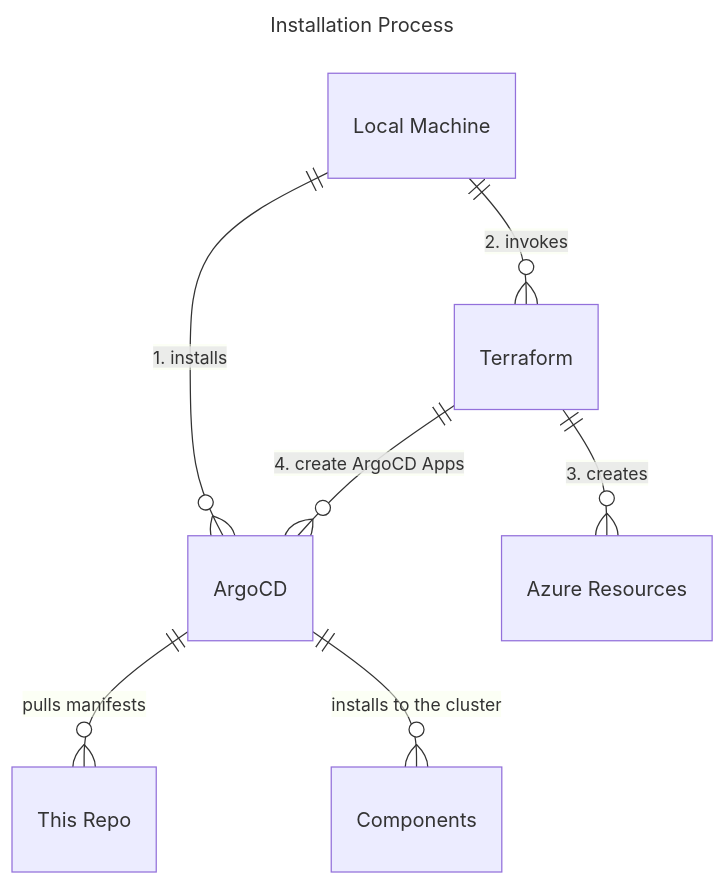
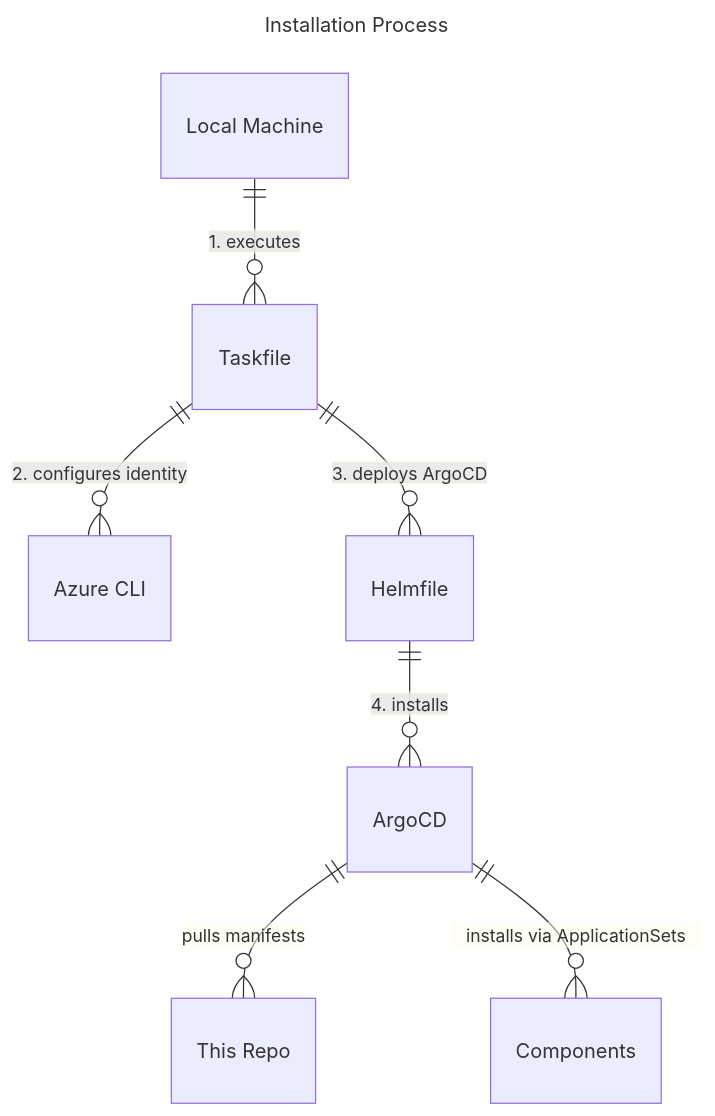
Before and after one commit to livewyer-ops/reference-implementation-azure: the diagram in README.md, drawn with Mermaid. The commit also changed other lines of this file and 199 other files, not shown here.

````diff
--- a/README.md
+++ b/README.md
@@ -23,12 +149,12 @@
 ```mermaid
 ---
 title: Installation Process
 ---
 erDiagram
-  "Local Machine" ||--o{ "ArgoCD" : "1. installs"
-  "Local Machine" ||--o{ "Terraform" : "2. invokes"
-  "Terraform" ||--o{ "Azure Resources" : "3. creates"
-  "Terraform" ||--o{ "ArgoCD" : "4. create ArgoCD Apps"
+  "Local Machine" ||--o{ "Taskfile" : "1. executes"
+  "Taskfile" ||--o{ "Azure CLI" : "2. configures identity"
+  "Taskfile" ||--o{ "Helmfile" : "3. deploys ArgoCD"
+  "Helmfile" ||--o{ "ArgoCD" : "4. installs"
   "ArgoCD" ||--o{ "This Repo" : "pulls manifests"
-  "ArgoCD" ||--o{ "Components" : "installs to the cluster"
+  "ArgoCD" ||--o{ "Components" : "installs via ApplicationSets"
 ```
````
